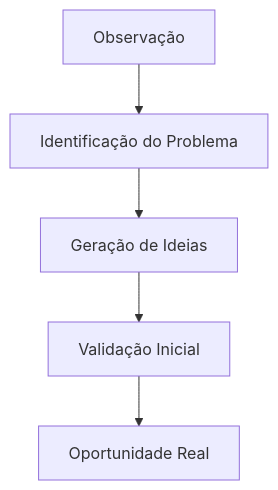
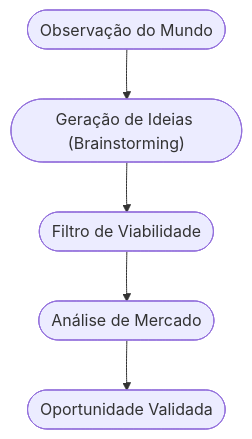
The diagram in docs/slides/src/slide-02.md (ricardotecpro/adm_gestao_dmn), drawn with Mermaid before and after one commit. The commit also changed other lines of this file and 171 other files, not shown here.

````diff
--- a/docs/slides/src/slide-02.md
+++ b/docs/slides/src/slide-02.md
@@ -31,7 +57,7 @@
 ```mermaid
 graph TD
-    A["Observação"] --> B["Identificação do Problema"]
-    B --> C["Geração de Ideias"]
-    C --> D["Validação Inicial"]
-    D --> E["Oportunidade Real"]
+    A(["Observação do Mundo"]) --> B(["Geração de Ideias (Brainstorming)"])
+    B --> C(["Filtro de Viabilidade"])
+    C --> D(["Análise de Mercado"])
+    D --> E(["Oportunidade Validada"])
 ```
````
